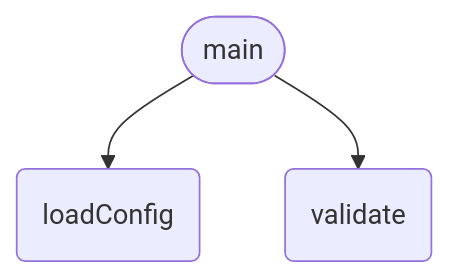
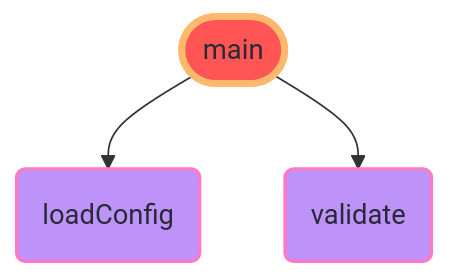
One commit to peterfei/aicode2flow changed the fifth of 6 diagrams in README.md. Above: the diagram before and after it, drawn with Mermaid. The commit also changed other lines of this file and 1 other file, not shown here.

````diff
--- a/README.md
+++ b/README.md
@@ -121,9 +126,14 @@
 ```mermaid
-%%init: {'theme':'base', 'themeVariables': { 'primaryColor': '#bd93f9' }}
+%%init: {'theme':'base', 'themeVariables': { 'primaryColor': '#bd93f9', 'primaryTextColor': '#282a36', 'primaryBorderColor': '#ff79c6', 'lineColor': '#6272a4', 'secondaryColor': '#8be9fd', 'tertiaryColor': '#ff79c6', 'background': '#282a36', 'fontSize': '14px' }}
 flowchart TD
+
   main([main])
+  style main fill:#ff5555,stroke:#ffb86c,stroke-width:4px,color:#282a36
   loadConfig("loadConfig")
+  style loadConfig fill:#bd93f9,stroke:#ff79c6,stroke-width:2px,color:#282a36
   validate("validate")
+  style validate fill:#bd93f9,stroke:#ff79c6,stroke-width:2px,color:#282a36
+
   main --> loadConfig
   main --> validate
 ```
````
